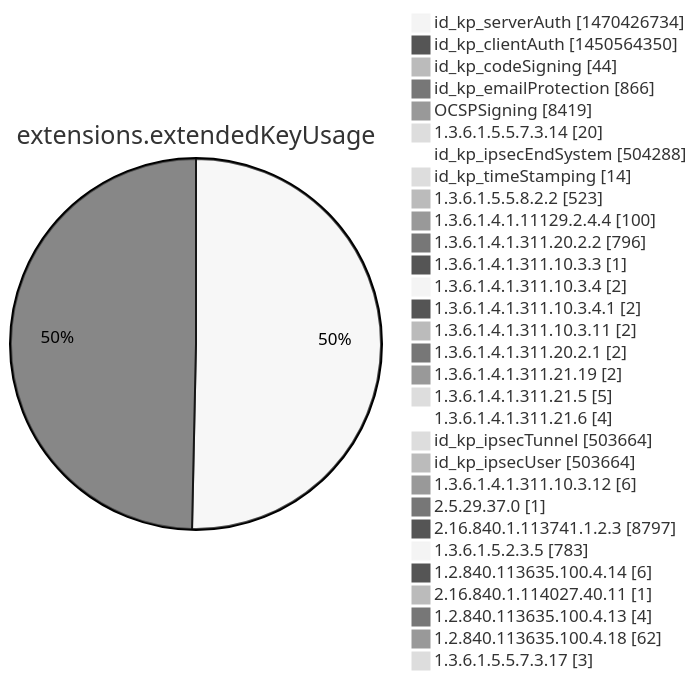
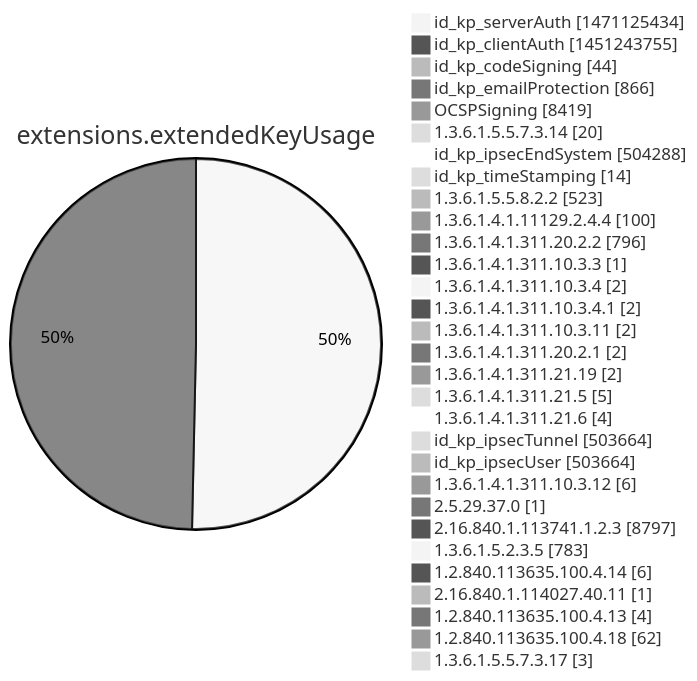
Diagram 12 of 15 in argon2022/README.md (christiankrug/ctmonitor_visualization), drawn with Mermaid (neutral theme) before and after one commit. The commit also changed other lines of this file, not shown here.

````diff
--- a/argon2022/README.md
+++ b/argon2022/README.md
@@ -3555,34 +3555,34 @@
 ```mermaid
 pie showData
 title extensions.extendedKeyUsage
-"id_kp_serverAuth" :1470426734
-"id_kp_clientAuth" :1450564350
+"id_kp_serverAuth" :1471125434
+"id_kp_clientAuth" :1451243755
 "id_kp_codeSigning" :44
 "id_kp_emailProtection" :866
 "OCSPSigning" :8419
 "1.3.6.1.5.5.7.3.14" :20
 "id_kp_ipsecEndSystem" :504288
 "id_kp_timeStamping" :14
 "1.3.6.1.5.5.8.2.2" :523
 "1.3.6.1.4.1.11129.2.4.4" :100
 "1.3.6.1.4.1.311.20.2.2" :796
 "1.3.6.1.4.1.311.10.3.3" :1
 "1.3.6.1.4.1.311.10.3.4" :2
 "1.3.6.1.4.1.311.10.3.4.1" :2
 "1.3.6.1.4.1.311.10.3.11" :2
 "1.3.6.1.4.1.311.20.2.1" :2
 "1.3.6.1.4.1.311.21.19" :2
 "1.3.6.1.4.1.311.21.5" :5
 "1.3.6.1.4.1.311.21.6" :4
 "id_kp_ipsecTunnel" :503664
 "id_kp_ipsecUser" :503664
 "1.3.6.1.4.1.311.10.3.12" :6
 "2.5.29.37.0" :1
 "2.16.840.1.113741.1.2.3" :8797
 "1.3.6.1.5.2.3.5" :783
 "1.2.840.113635.100.4.14" :6
 "2.16.840.1.114027.40.11" :1
 "1.2.840.113635.100.4.13" :4
 "1.2.840.113635.100.4.18" :62
 "1.3.6.1.5.5.7.3.17" :3
 ```
````
